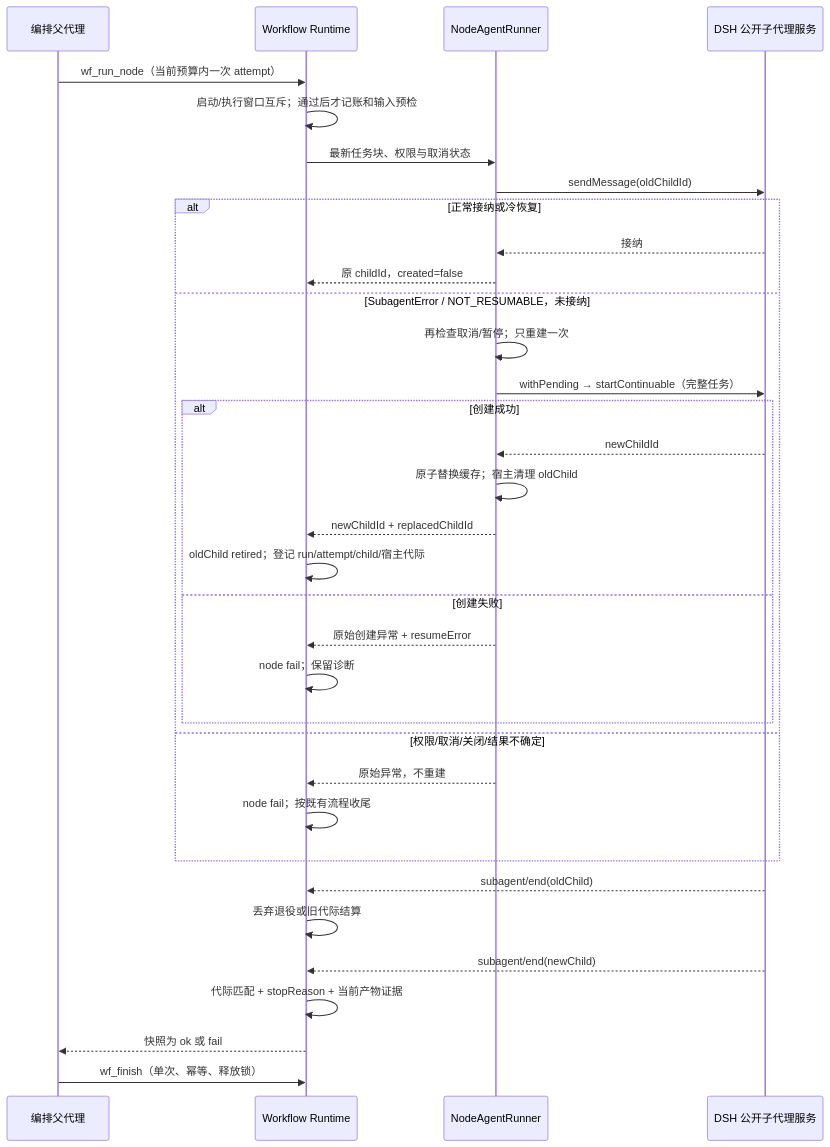
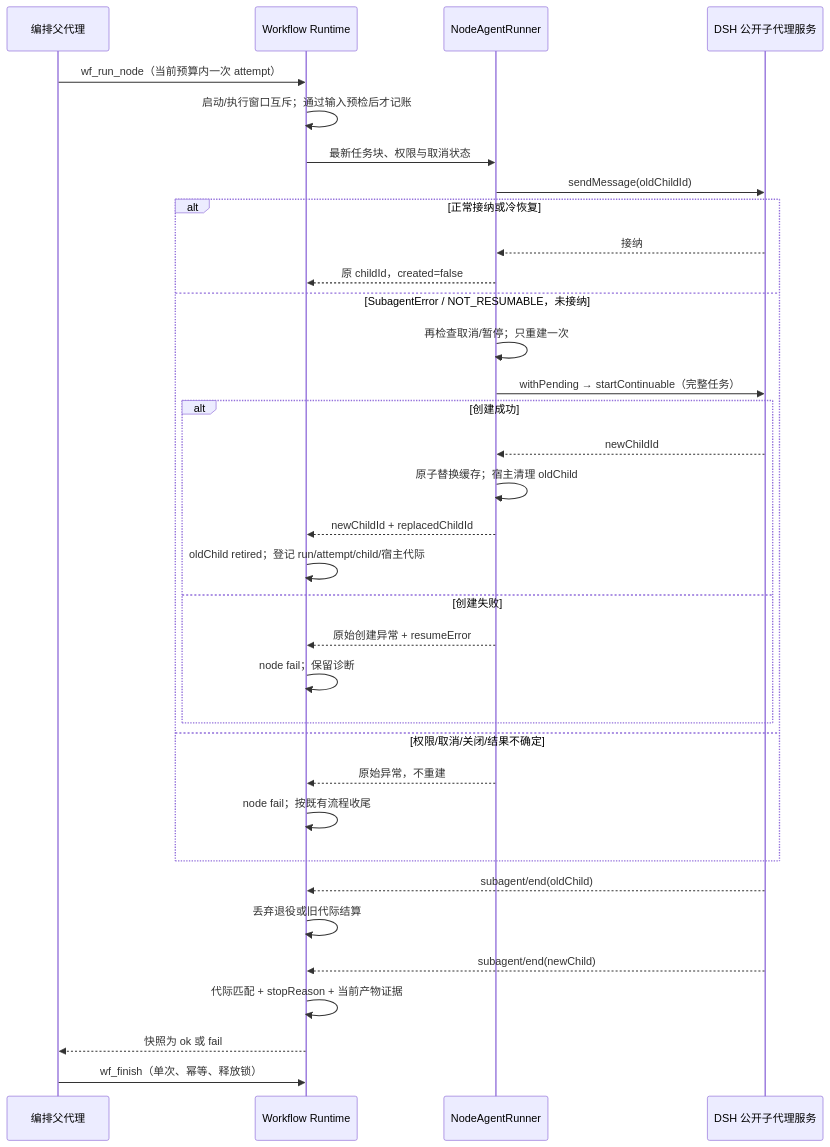
Before and after one commit to etoilestar/dsh-Visual-Workflow: the diagram in docs/node-recovery.md, drawn with Mermaid. The commit also changed other lines of this file and 91 other files, not shown here.

````diff
--- a/docs/node-recovery.md
+++ b/docs/node-recovery.md
@@ -21,36 +21,36 @@
 ```mermaid
 sequenceDiagram
     participant P as 编排父代理
     participant W as Workflow Runtime
     participant R as NodeAgentRunner
     participant D as DSH 公开子代理服务
     P->>W: wf_run_node（当前预算内一次 attempt）
-    W->>W: 启动/执行窗口互斥；通过后才记账和输入预检
+    W->>W: 启动/执行窗口互斥；通过输入预检后才记账
     W->>R: 最新任务块、权限与取消状态
     R->>D: sendMessage(oldChildId)
     alt 正常接纳或冷恢复
         D-->>R: 接纳
         R-->>W: 原 childId，created=false
     else SubagentError / NOT_RESUMABLE，未接纳
         R->>R: 再检查取消/暂停；只重建一次
         R->>D: withPending → startContinuable（完整任务）
         alt 创建成功
             D-->>R: newChildId
             R->>R: 原子替换缓存；宿主清理 oldChild
             R-->>W: newChildId + replacedChildId
             W->>W: oldChild retired；登记 run/attempt/child/宿主代际
         else 创建失败
             R-->>W: 原始创建异常 + resumeError
             W->>W: node fail；保留诊断
         end
     else 权限/取消/关闭/结果不确定
         R-->>W: 原始异常，不重建
         W->>W: node fail；按既有流程收尾
     end
     D-->>W: subagent/end(oldChild)
     W->>W: 丢弃退役或旧代际结算
     D-->>W: subagent/end(newChild)
     W->>W: 代际匹配 + stopReason + 当前产物证据
     W-->>P: 快照为 ok 或 fail
     P->>W: wf_finish（单次、幂等、释放锁）
 ```
````
